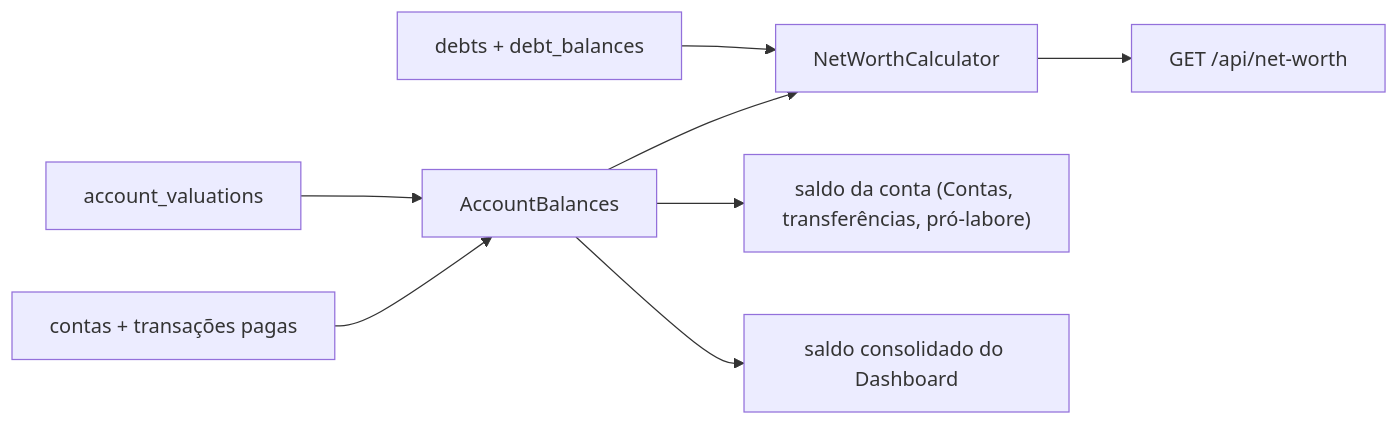
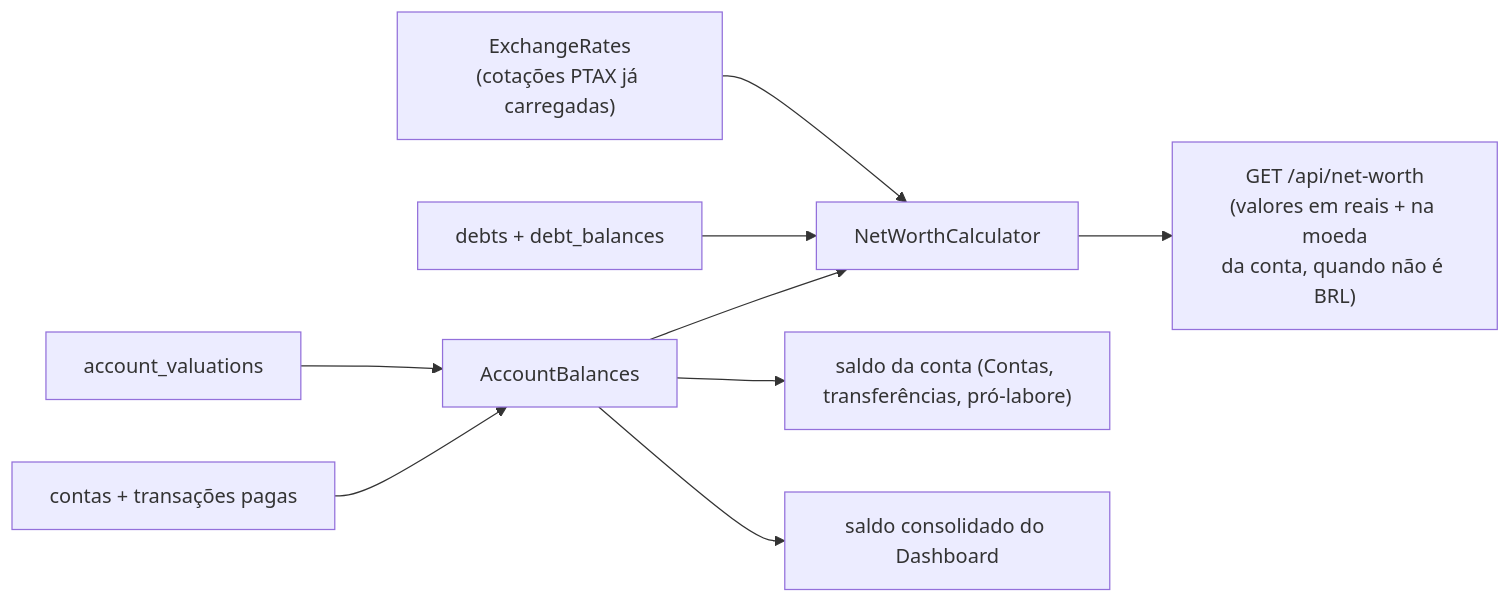
Before and after one commit to leozztto/LmfFinPro: the diagram in docs/tecnica/fluxo-patrimonio.md, drawn with Mermaid. The commit also changed other lines of this file and 44 other files, not shown here.

````diff
--- a/docs/tecnica/fluxo-patrimonio.md
+++ b/docs/tecnica/fluxo-patrimonio.md
@@ -53,10 +59,11 @@
 ```mermaid
 flowchart LR
     Accounts["contas + transações pagas"] --> AB["AccountBalances"]
     Valuations["account_valuations"] --> AB
     AB --> NW["NetWorthCalculator"]
     Debts["debts + debt_balances"] --> NW
-    NW --> Resp["GET /api/net-worth"]
+    Rates["ExchangeRates\n(cotações PTAX já carregadas)"] --> NW
+    NW --> Resp["GET /api/net-worth\n(valores em reais + na moeda\nda conta, quando não é BRL)"]
     AB --> Acc["saldo da conta (Contas, transferências, pró-labore)"]
     AB --> Dash["saldo consolidado do Dashboard"]
 ```
````
